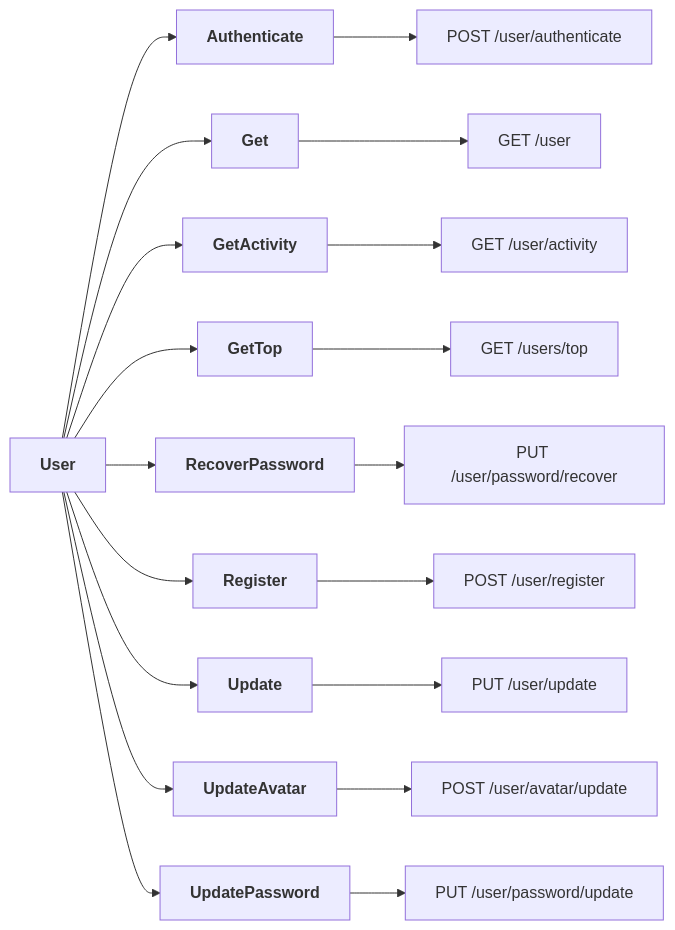
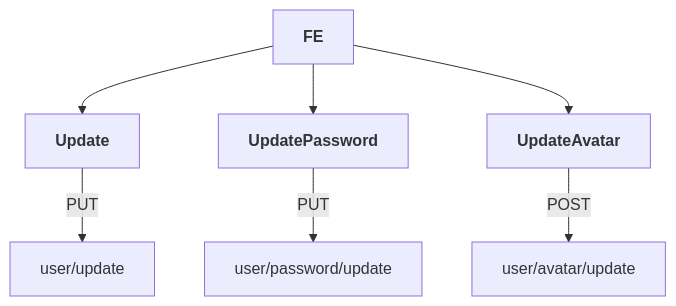
Before and after one commit to Karmello/ask-the-world-api: the sixth of 12 diagrams in README.md, drawn with Mermaid. The commit also changed other lines of this file, not shown here.

````diff
--- a/README.md
+++ b/README.md
@@ -32,12 +46,6 @@
 ```mermaid
-flowchart LR
-ROOT[<b>User</b>] --> A1[<b>Authenticate</b>] --> A2[POST /user/authenticate]
-ROOT --> B1[<b>Get</b>] --> B2[GET /user]
-ROOT --> C1[<b>GetActivity</b>] --> C2[GET /user/activity]
-ROOT --> D1[<b>GetTop</b>] --> D2[GET /users/top]
-ROOT --> E1[<b>RecoverPassword</b>] --> E2[PUT /user/password/recover]
-ROOT --> F1[<b>Register</b>] --> F2[POST /user/register]
-ROOT --> G1[<b>Update</b>] --> G2[PUT /user/update]
-ROOT --> H1[<b>UpdateAvatar</b>] --> H2[POST /user/avatar/update]
-ROOT --> I1[<b>UpdatePassword</b>] --> I2[PUT /user/password/update]
+flowchart
+ROOT[<b>FE</b>] --> A1[<b>Update</b>] --> |PUT|A2[user/update]
+ROOT --> B1[<b>UpdatePassword</b>] --> |PUT|B2[user/password/update]
+ROOT --> C1[<b>UpdateAvatar</b>] --> |POST|C2[user/avatar/update]
 ```
````
